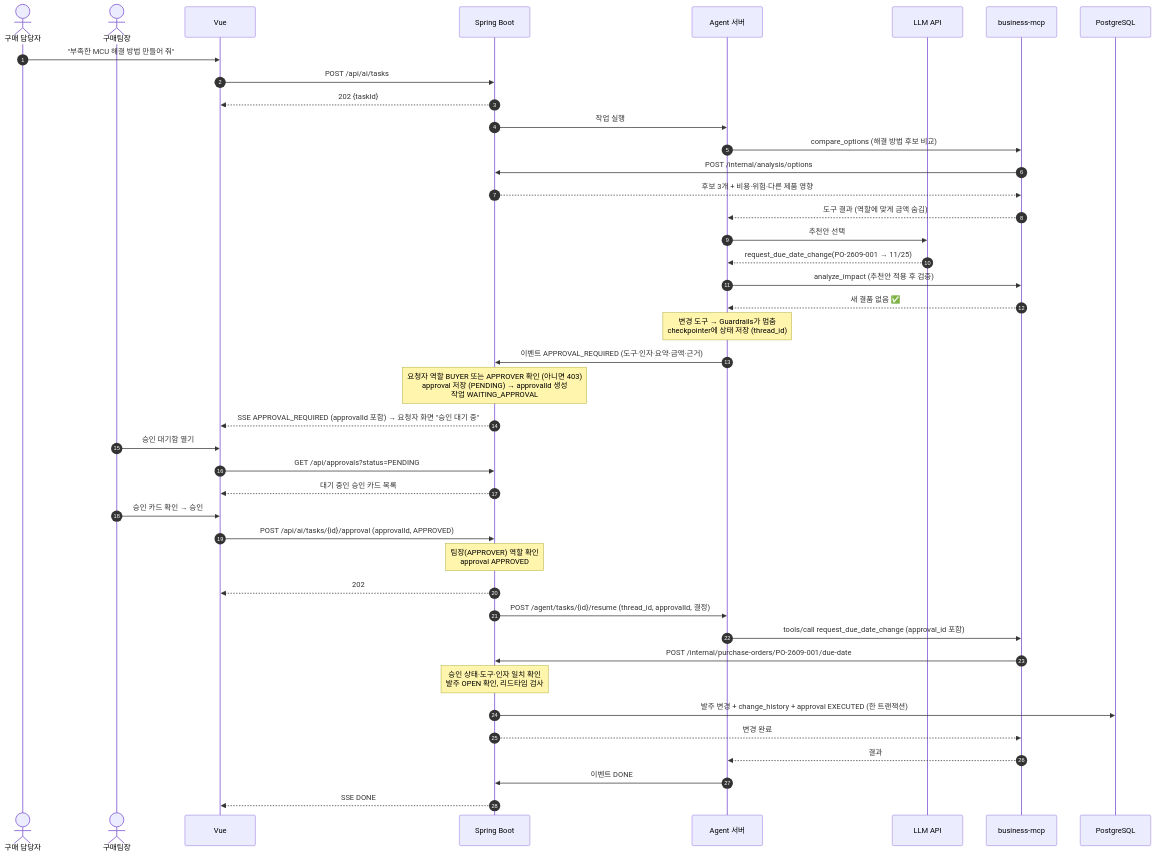
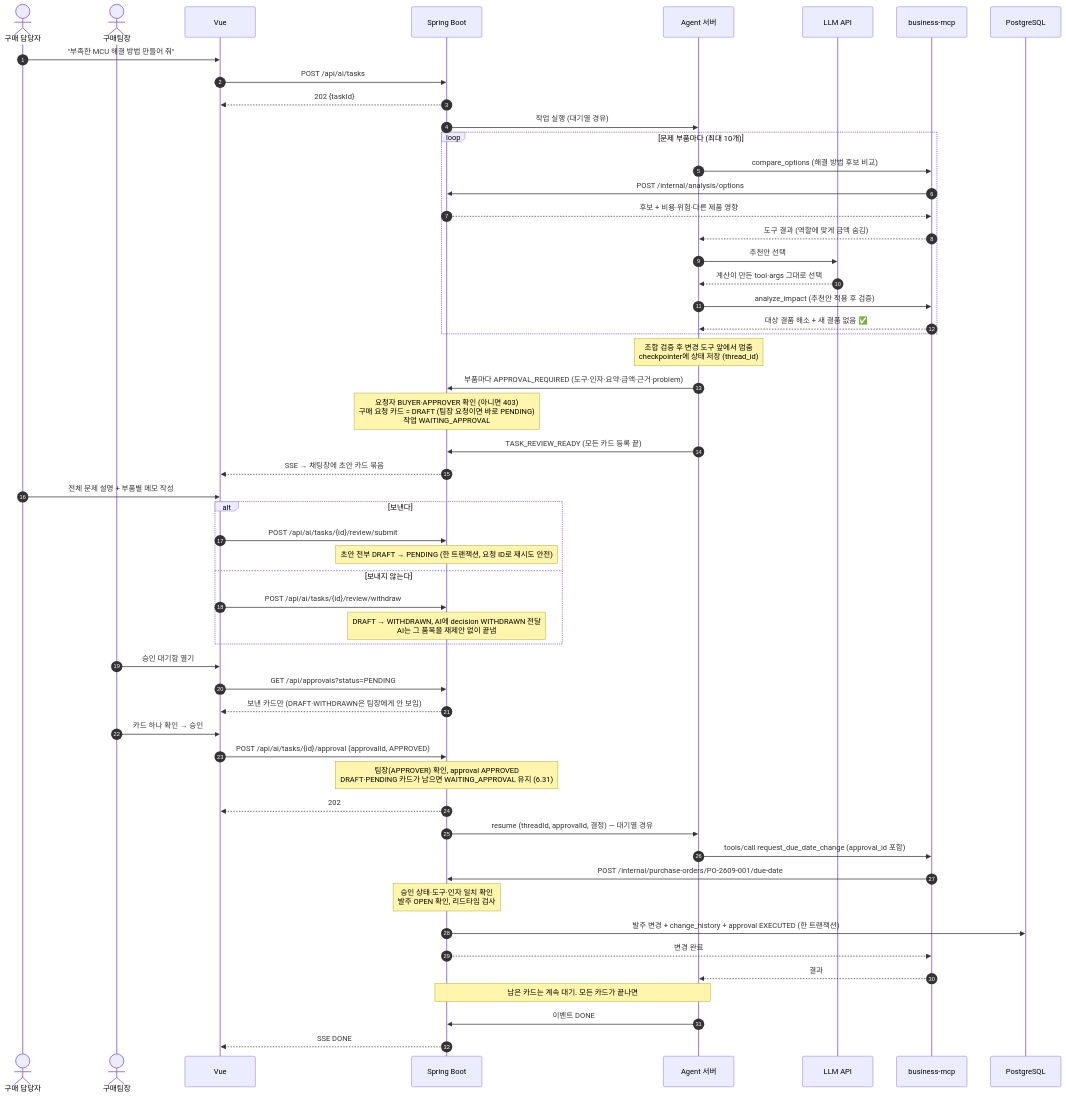
One commit to skala2-bom/ai-agent-capstone changed the fourth of 7 diagrams in docs/BOM_Agent_아키텍처.md. Above: the diagram before and after it, drawn with Mermaid. The commit also changed other lines of this file and 12 other files, not shown here.

````diff
--- a/docs/BOM_Agent_아키텍처.md
+++ b/docs/BOM_Agent_아키텍처.md
@@ -300,45 +318,57 @@
 ```mermaid
 sequenceDiagram
     autonumber
     actor BY as 구매 담당자
     actor AP as 구매팀장
     participant FE as Vue
     participant BE as Spring Boot
     participant AG as Agent 서버
     participant LLM as LLM API
     participant BM as business-mcp
     participant DB as PostgreSQL
 
     BY->>FE: "부족한 MCU 해결 방법 만들어 줘"
     FE->>BE: POST /api/ai/tasks
     BE-->>FE: 202 {taskId}
-    BE->>AG: 작업 실행
-    AG->>BM: compare_options (해결 방법 후보 비교)
-    BM->>BE: POST /internal/analysis/options
-    BE-->>BM: 후보 3개 + 비용·위험·다른 제품 영향
-    BM-->>AG: 도구 결과 (역할에 맞게 금액 숨김)
-    AG->>LLM: 추천안 선택
-    LLM-->>AG: request_due_date_change(PO-2609-001 → 11/25)
-    AG->>BM: analyze_impact (추천안 적용 후 검증)
-    BM-->>AG: 새 결품 없음 ✅
-    Note over AG: 변경 도구 → Guardrails가 멈춤<br/>checkpointer에 상태 저장 (thread_id)
-    AG->>BE: 이벤트 APPROVAL_REQUIRED (도구·인자·요약·금액·근거)
-    Note over BE: 요청자 역할 BUYER 또는 APPROVER 확인 (아니면 403)<br/>approval 저장 (PENDING) → approvalId 생성<br/>작업 WAITING_APPROVAL
-    BE-->>FE: SSE APPROVAL_REQUIRED (approvalId 포함) → 요청자 화면 "승인 대기 중"
+    BE->>AG: 작업 실행 (대기열 경유)
+    loop 문제 부품마다 (최대 10개)
+        AG->>BM: compare_options (해결 방법 후보 비교)
+        BM->>BE: POST /internal/analysis/options
+        BE-->>BM: 후보 + 비용·위험·다른 제품 영향
+        BM-->>AG: 도구 결과 (역할에 맞게 금액 숨김)
+        AG->>LLM: 추천안 선택
+        LLM-->>AG: 계산이 만든 tool·args 그대로 선택
+        AG->>BM: analyze_impact (추천안 적용 후 검증)
+        BM-->>AG: 대상 결품 해소 + 새 결품 없음 ✅
+    end
+    Note over AG: 조합 검증 후 변경 도구 앞에서 멈춤<br/>checkpointer에 상태 저장 (thread_id)
+    AG->>BE: 부품마다 APPROVAL_REQUIRED (도구·인자·요약·금액·근거·problem)
+    Note over BE: 요청자 BUYER·APPROVER 확인 (아니면 403)<br/>구매 요청 카드 = DRAFT (팀장 요청이면 바로 PENDING)<br/>작업 WAITING_APPROVAL
+    AG->>BE: TASK_REVIEW_READY (모든 카드 등록 끝)
+    BE-->>FE: SSE → 채팅창에 초안 카드 묶음
+    BY->>FE: 전체 문제 설명 + 부품별 메모 작성
+    alt 보낸다
+        FE->>BE: POST /api/ai/tasks/{id}/review/submit
+        Note over BE: 초안 전부 DRAFT → PENDING (한 트랜잭션, 요청 ID로 재시도 안전)
+    else 보내지 않는다
+        FE->>BE: POST /api/ai/tasks/{id}/review/withdraw
+        Note over BE: DRAFT → WITHDRAWN, AI에 decision WITHDRAWN 전달<br/>AI는 그 품목을 재제안 없이 끝냄
+    end
     AP->>FE: 승인 대기함 열기
     FE->>BE: GET /api/approvals?status=PENDING
-    BE-->>FE: 대기 중인 승인 카드 목록
-    AP->>FE: 승인 카드 확인 → 승인
+    BE-->>FE: 보낸 카드만 (DRAFT·WITHDRAWN은 팀장에게 안 보임)
+    AP->>FE: 카드 하나 확인 → 승인
     FE->>BE: POST /api/ai/tasks/{id}/approval (approvalId, APPROVED)
-    Note over BE: 팀장(APPROVER) 역할 확인<br/>approval APPROVED
+    Note over BE: 팀장(APPROVER) 확인, approval APPROVED<br/>DRAFT·PENDING 카드가 남으면 WAITING_APPROVAL 유지 (6.31)
     BE-->>FE: 202
-    BE->>AG: POST /agent/tasks/{id}/resume (thread_id, approvalId, 결정)
+    BE->>AG: resume (threadId, approvalId, 결정) — 대기열 경유
     AG->>BM: tools/call request_due_date_change (approval_id 포함)
     BM->>BE: POST /internal/purchase-orders/PO-2609-001/due-date
     Note over BE: 승인 상태·도구·인자 일치 확인<br/>발주 OPEN 확인, 리드타임 검사
     BE->>DB: 발주 변경 + change_history + approval EXECUTED (한 트랜잭션)
     BE-->>BM: 변경 완료
     BM-->>AG: 결과
+    Note over AG,BE: 남은 카드는 계속 대기. 모든 카드가 끝나면
     AG->>BE: 이벤트 DONE
     BE-->>FE: SSE DONE
 ```
````
